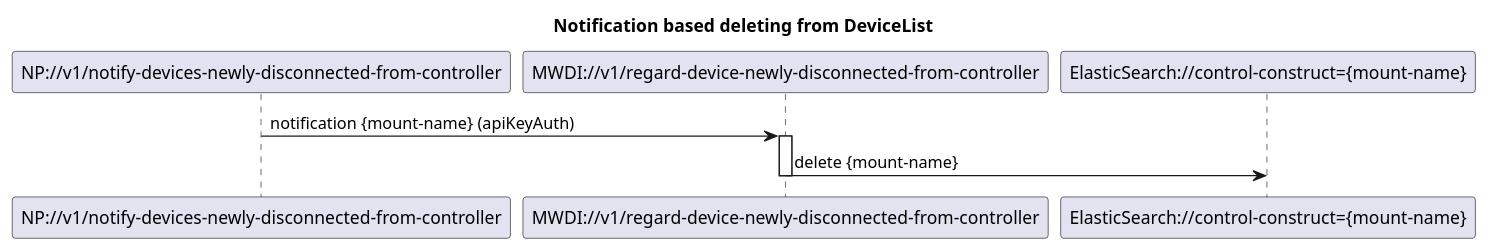
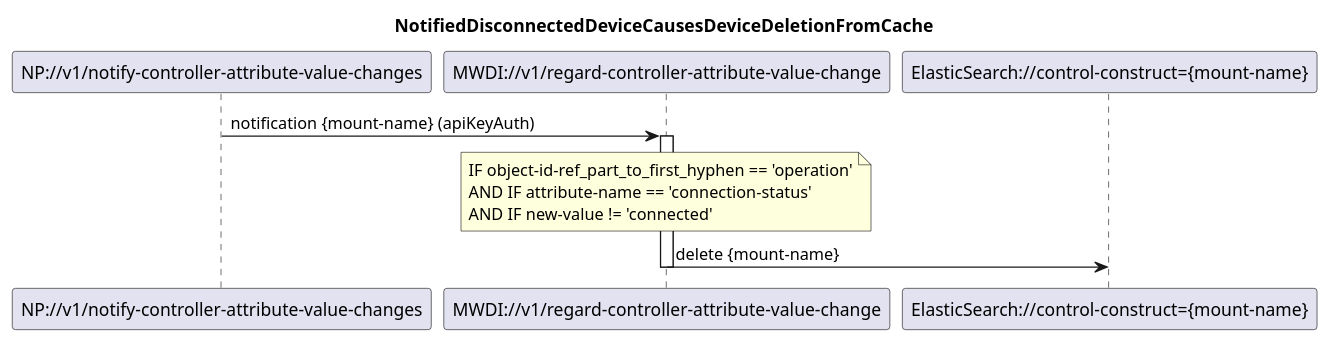
Before and after one commit to openBackhaul/MicroWaveDeviceInventory: the diagram in spec/diagrams/021_NotificationBasedDeviceListSyncDelete.plantuml, drawn with PlantUML. The commit also changed 9 other files, not shown here.

```diff
--- a/spec/diagrams/021_NotificationBasedDeviceListSyncDelete.plantuml
+++ b/spec/diagrams/021_NotificationBasedDeviceListSyncDelete.plantuml
@@ -1,16 +1,22 @@
 @startuml 021_NotificationBasedDeviceListSyncDelete
 skinparam responseMessageBelowArrow true
 
-title  Notification based deleting from DeviceList
+title  NotifiedDisconnectedDeviceCausesDeviceDeletionFromCache
 
-participant "NP://v1/notify-devices-newly-disconnected-from-controller" as subscription
-participant "MWDI://v1/regard-device-newly-disconnected-from-controller" as regardNewDevice
+participant "NP://v1/notify-controller-attribute-value-changes" as subscription
+participant "MWDI://v1/regard-controller-attribute-value-change" as regardDisconnectedDevice
 participant "ElasticSearch://control-construct={mount-name}" as es
 
-subscription -> regardNewDevice: notification {mount-name} (apiKeyAuth)
-activate regardNewDevice
+subscription -> regardDisconnectedDevice: notification {mount-name} (apiKeyAuth)
+activate regardDisconnectedDevice
 
-regardNewDevice -> es: delete {mount-name}
-deactivate regardNewDevice
+note over regardDisconnectedDevice
+IF object-id-ref_part_to_first_hyphen == 'operation'
+AND IF attribute-name == 'connection-status' 
+AND IF new-value != 'connected'
+end note
+
+regardDisconnectedDevice -> es: delete {mount-name}
+deactivate regardDisconnectedDevice
 
 @enduml
```
